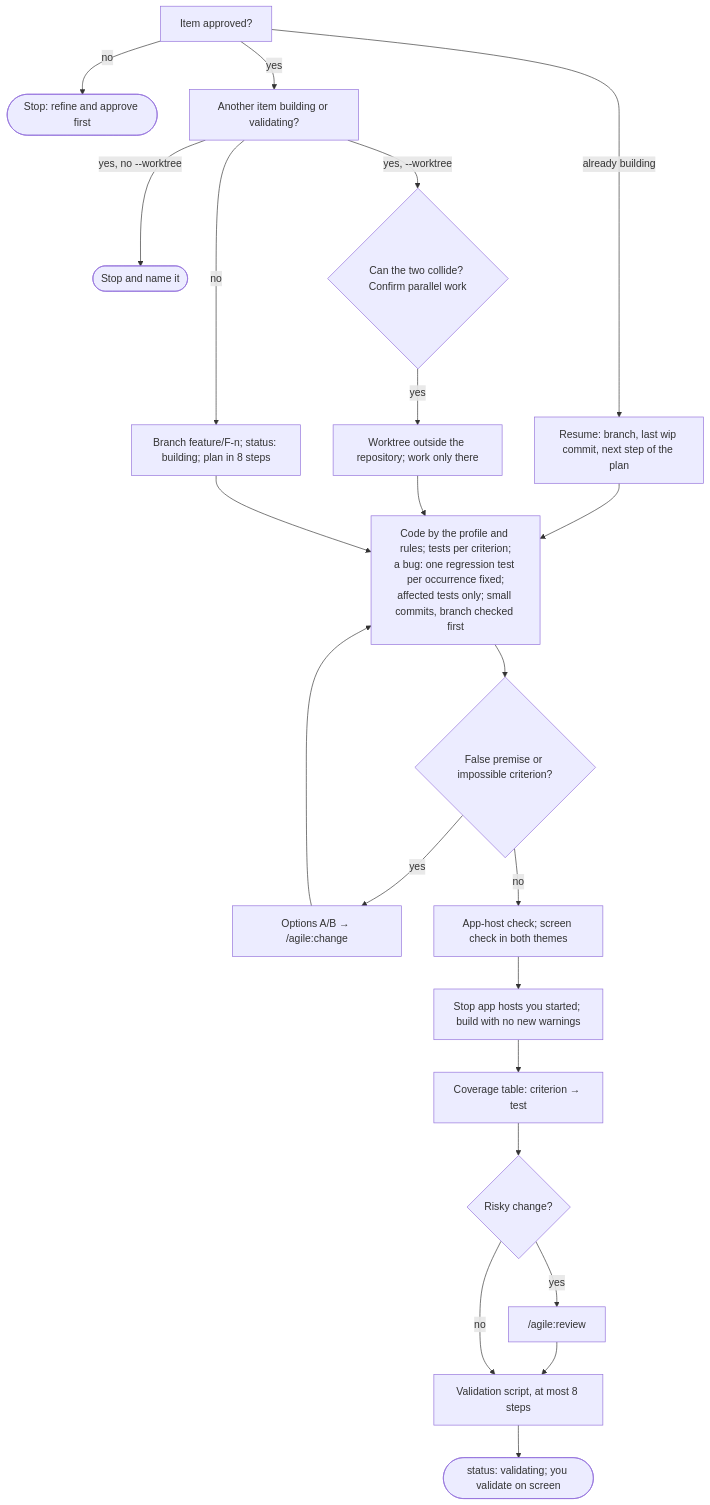
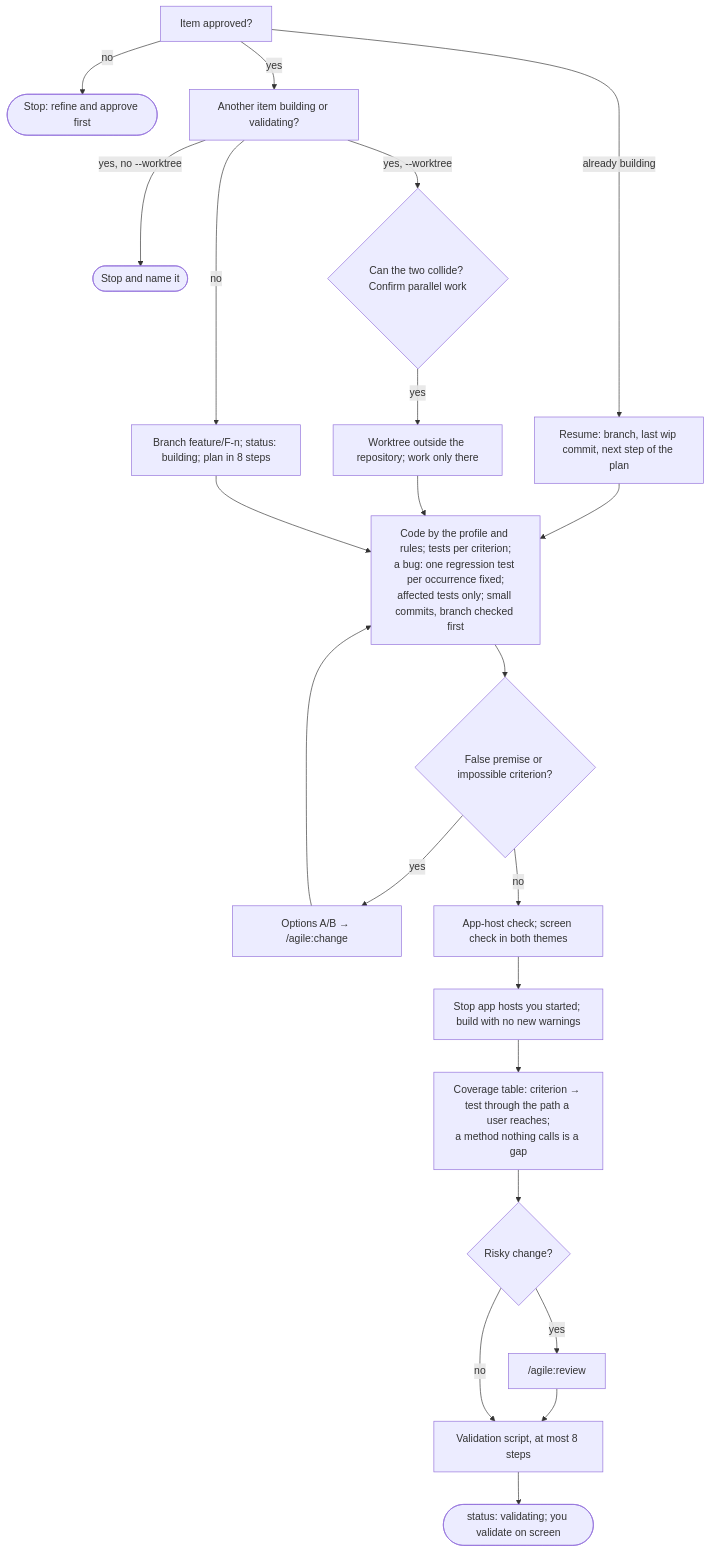
Before and after one commit to alexcanario/simulab: the eighth of 15 diagrams in docs/agile/workflow.md, drawn with Mermaid. The commit also changed other lines of this file and 12 other files, not shown here.

````diff
--- a/docs/agile/workflow.md
+++ b/docs/agile/workflow.md
@@ -957,24 +967,24 @@
 ```mermaid
 flowchart TD
     A["Item approved?"] -->|already building| A2["Resume: branch, last wip commit, next step of the plan"]
     A2 --> D
     A -->|no| A1(["Stop: refine and approve first"])
     A -->|yes| B["Another item building or validating?"]
     B -->|yes, no --worktree| B1(["Stop and name it"])
     B -->|yes, --worktree| B2{"Can the two collide? Confirm parallel work"}
     B2 -->|yes| C2["Worktree outside the repository; work only there"]
     B -->|no| C["Branch feature/F-n; status: building; plan in 8 steps"]
     C2 --> D
     C --> D["Code by the profile and rules; tests per criterion;<br/>a bug: one regression test per occurrence fixed;<br/>affected tests only; small commits, branch checked first"]
     D --> E{"False premise or impossible criterion?"}
     E -->|yes| E1["Options A/B → /agile:change"]
     E1 --> D
     E -->|no| F["App-host check; screen check in both themes"]
     F --> G["Stop app hosts you started; build with no new warnings"]
-    G --> H["Coverage table: criterion → test"]
+    G --> H["Coverage table: criterion → test through the path a user reaches;<br/>a method nothing calls is a gap"]
     H --> I{"Risky change?"}
     I -->|yes| I1["/agile:review"]
     I1 --> J
     I -->|no| J["Validation script, at most 8 steps"]
     J --> K(["status: validating; you validate on screen"])
 ```
````
